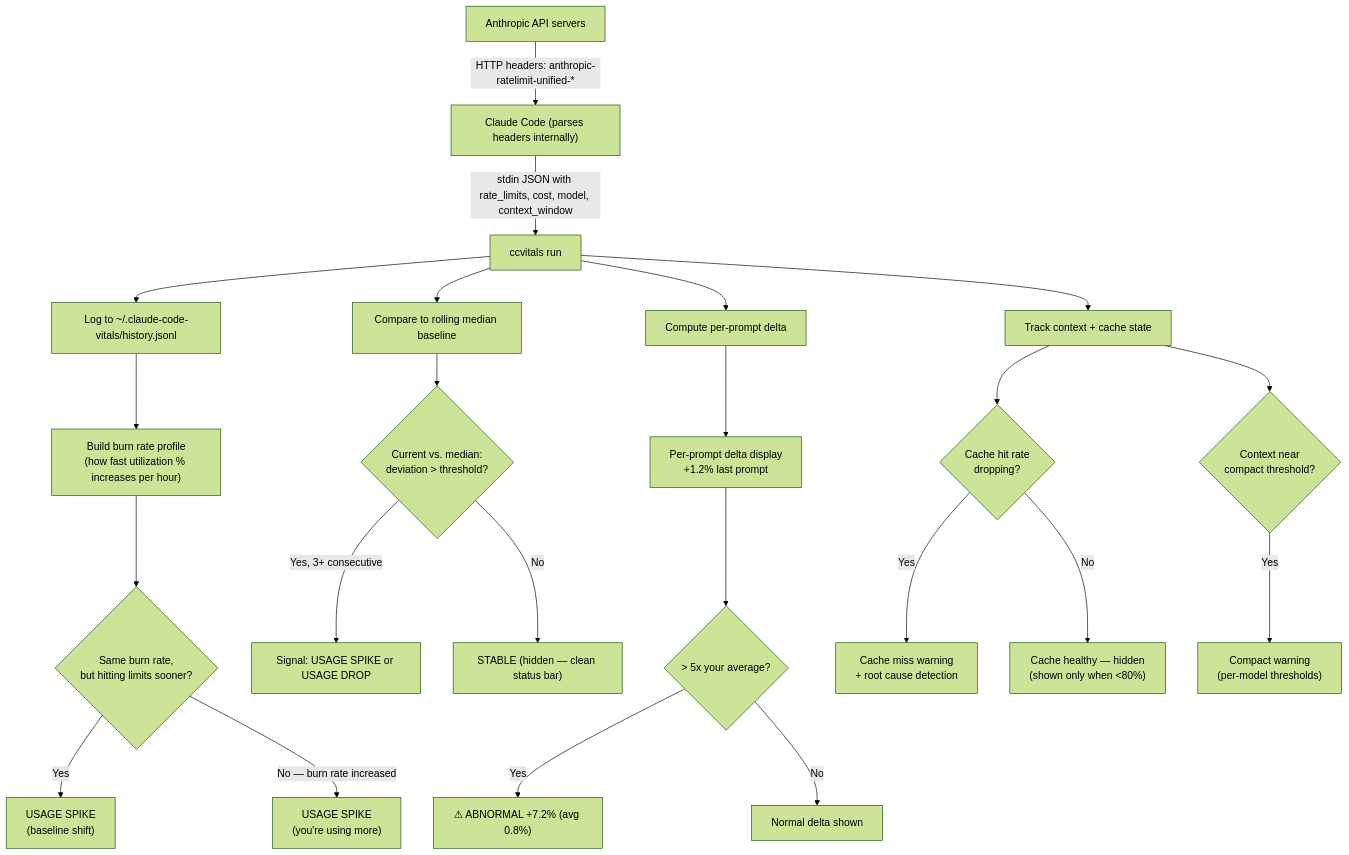
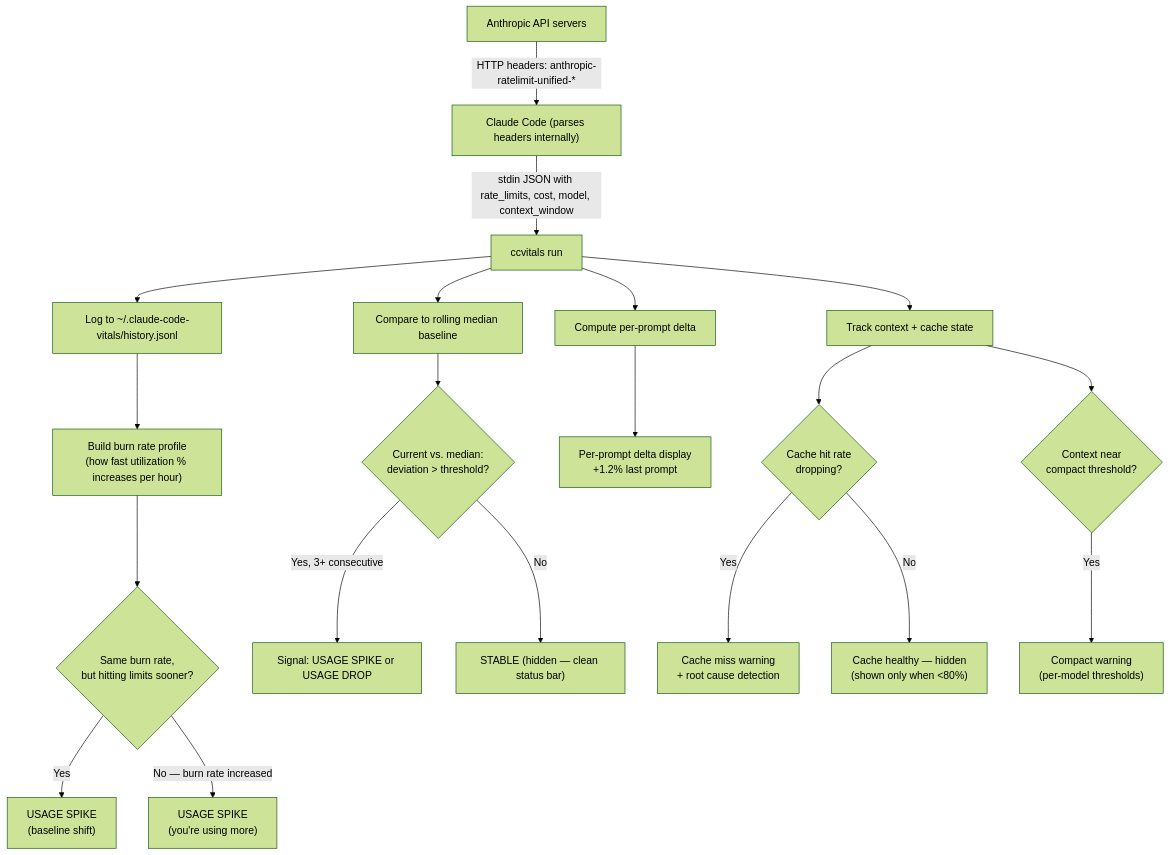
Before and after one commit to jatinmayekar/claude-code-vitals: the diagram in README.md, drawn with Mermaid (forest theme). The commit also changed other lines of this file and 6 other files, not shown here.

````diff
--- a/README.md
+++ b/README.md
@@ -72,30 +71,27 @@
 ```mermaid
 flowchart TD
     A["Anthropic API servers"] -->|"HTTP headers: anthropic-ratelimit-unified-*"| B["Claude Code (parses headers internally)"]
     B -->|"stdin JSON with rate_limits, cost, model, context_window"| C["ccvitals run"]
     C --> D["Log to ~/.claude-code-vitals/history.jsonl"]
     C --> E["Compare to rolling median baseline"]
     C --> F["Compute per-prompt delta"]
     C --> G["Track context + cache state"]
     
     D --> H["Build burn rate profile\n(how fast utilization % increases per hour)"]
     H --> I{"Same burn rate,\nbut hitting limits sooner?"}
     I -->|"Yes"| J["USAGE SPIKE\n(baseline shift)"]
     I -->|"No — burn rate increased"| K["USAGE SPIKE\n(you're using more)"]
     
     E --> L{"Current vs. median:\ndeviation > threshold?"}
     L -->|"Yes, 3+ consecutive"| M["Signal: USAGE SPIKE or USAGE DROP"]
     L -->|"No"| N["STABLE (hidden — clean status bar)"]
     
     F --> O["Per-prompt delta display\n+1.2% last prompt"]
-    O --> P{"> 5x your average?"}
-    P -->|"Yes"| Q["⚠ ABNORMAL +7.2% (avg 0.8%)"]
-    P -->|"No"| R["Normal delta shown"]
     
     G --> S{"Cache hit rate\ndropping?"}
     S -->|"Yes"| T["Cache miss warning\n+ root cause detection"]
     S -->|"No"| U["Cache healthy — hidden\n(shown only when <80%)"]
     
     G --> V{"Context near\ncompact threshold?"}
     V -->|"Yes"| W["Compact warning\n(per-model thresholds)"]
 ```
````
